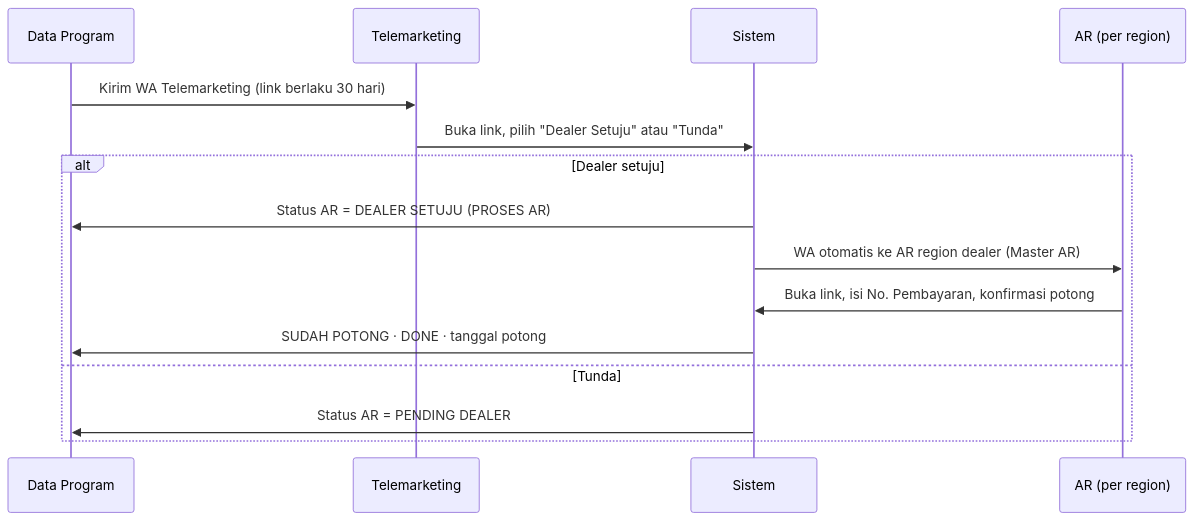
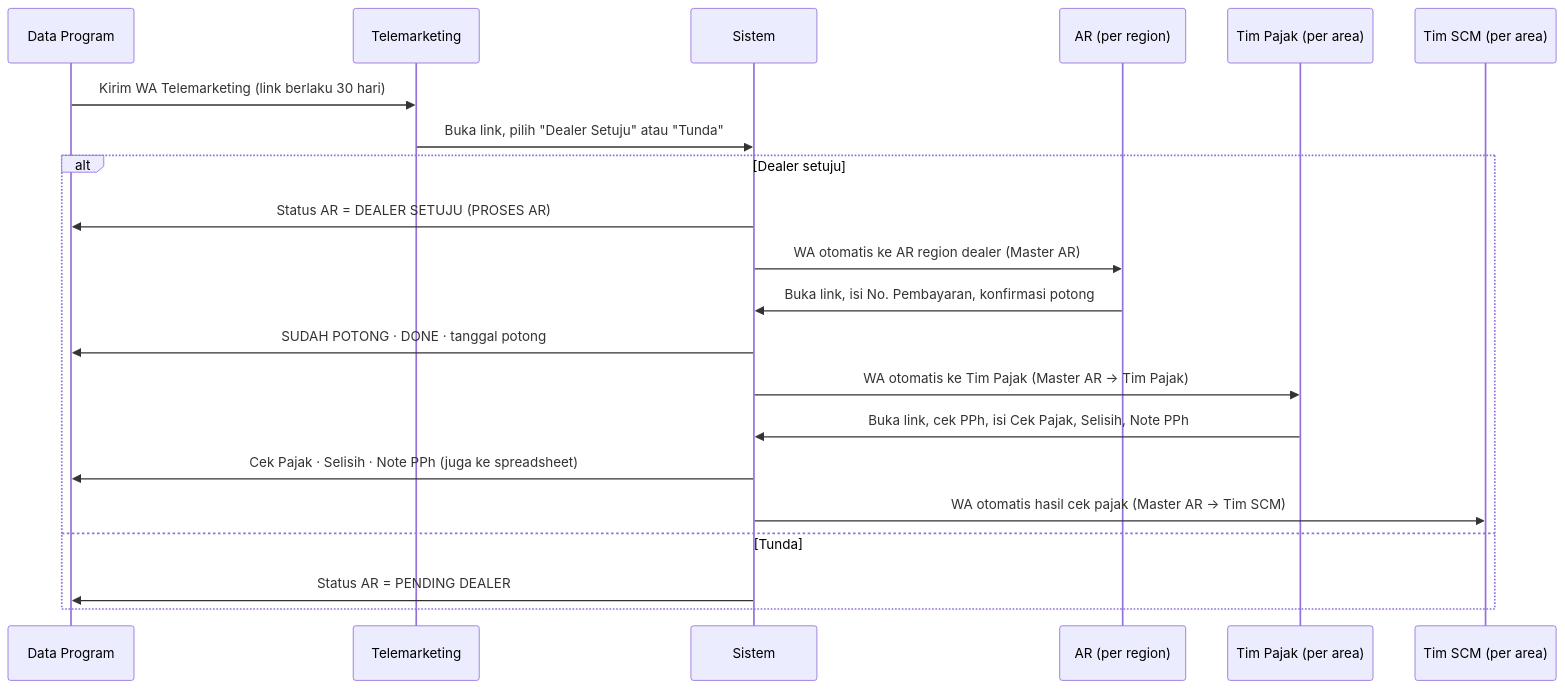
One commit to oceanspacedev/Automation-SCM changed the second of 2 diagrams in README.md. Above: the diagram before and after it, drawn with Mermaid. The commit also changed other lines of this file and 54 other files, not shown here.

````diff
--- a/README.md
+++ b/README.md
@@ -156,17 +158,23 @@
 ```mermaid
 sequenceDiagram
     participant DP as Data Program
     participant TM as Telemarketing
     participant SYS as Sistem
     participant AR as AR (per region)
+    participant TP as Tim Pajak (per area)
+    participant SCM as Tim SCM (per area)
     DP->>TM: Kirim WA Telemarketing (link berlaku 30 hari)
     TM->>SYS: Buka link, pilih "Dealer Setuju" atau "Tunda"
     alt Dealer setuju
         SYS->>DP: Status AR = DEALER SETUJU (PROSES AR)
         SYS->>AR: WA otomatis ke AR region dealer (Master AR)
         AR->>SYS: Buka link, isi No. Pembayaran, konfirmasi potong
         SYS->>DP: SUDAH POTONG · DONE · tanggal potong
+        SYS->>TP: WA otomatis ke Tim Pajak (Master AR → Tim Pajak)
+        TP->>SYS: Buka link, cek PPh, isi Cek Pajak, Selisih, Note PPh
+        SYS->>DP: Cek Pajak · Selisih · Note PPh (juga ke spreadsheet)
+        SYS->>SCM: WA otomatis hasil cek pajak (Master AR → Tim SCM)
     else Tunda
         SYS->>DP: Status AR = PENDING DEALER
     end
 ```
````
